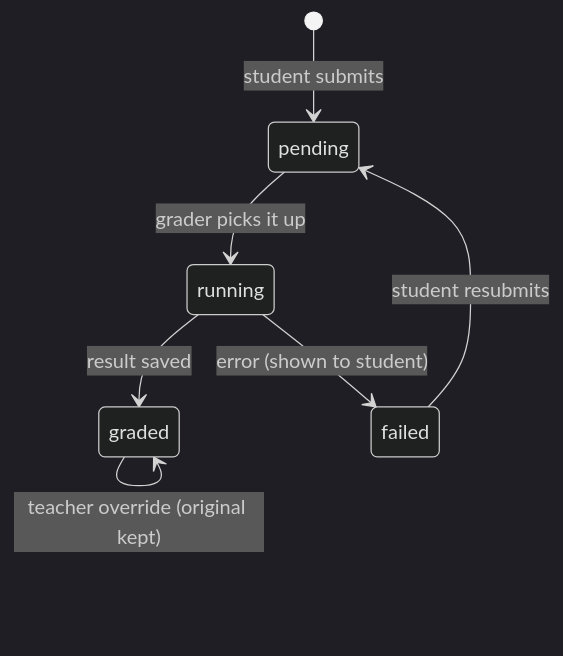
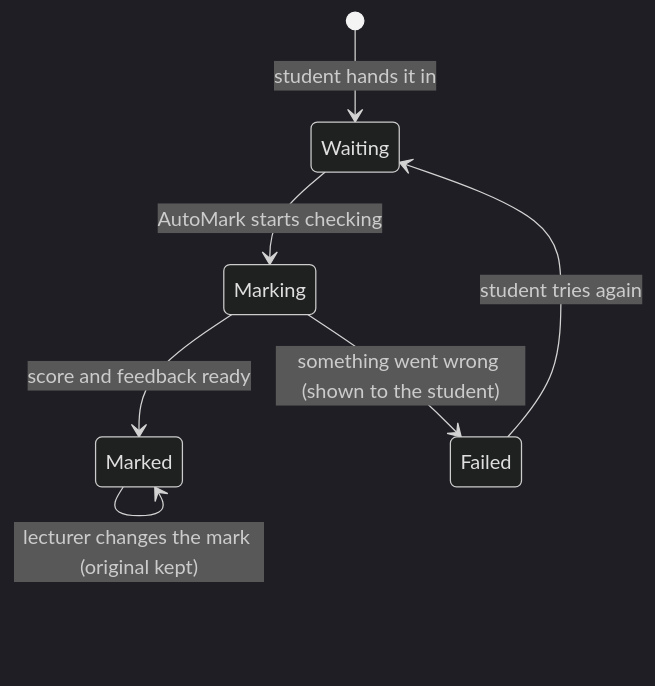
One commit to Jabulani00/AUTOMARK changed the seventh of 8 diagrams in FLOW.md. Above: the diagram before and after it, drawn with Mermaid (dark theme). The commit also changed other lines of this file, not shown here.

Commit message:
new flow

````diff
--- a/FLOW.md
+++ b/FLOW.md
@@ -223,9 +228,9 @@
 ```mermaid
 stateDiagram-v2
-    [*] --> pending: student submits
-    pending --> running: grader picks it up
-    running --> graded: result saved
-    running --> failed: error (shown to student)
-    graded --> graded: teacher override (original kept)
-    failed --> pending: student resubmits
+    [*] --> Waiting: student hands it in
+    Waiting --> Marking: AutoMark starts checking
+    Marking --> Marked: score and feedback ready
+    Marking --> Failed: something went wrong (shown to the student)
+    Marked --> Marked: lecturer changes the mark (original kept)
+    Failed --> Waiting: student tries again
 ```
````
